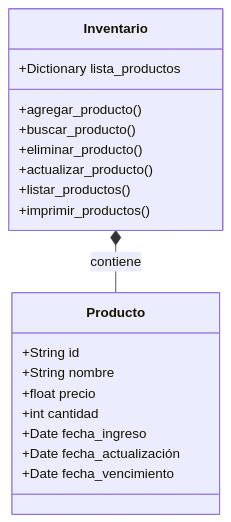
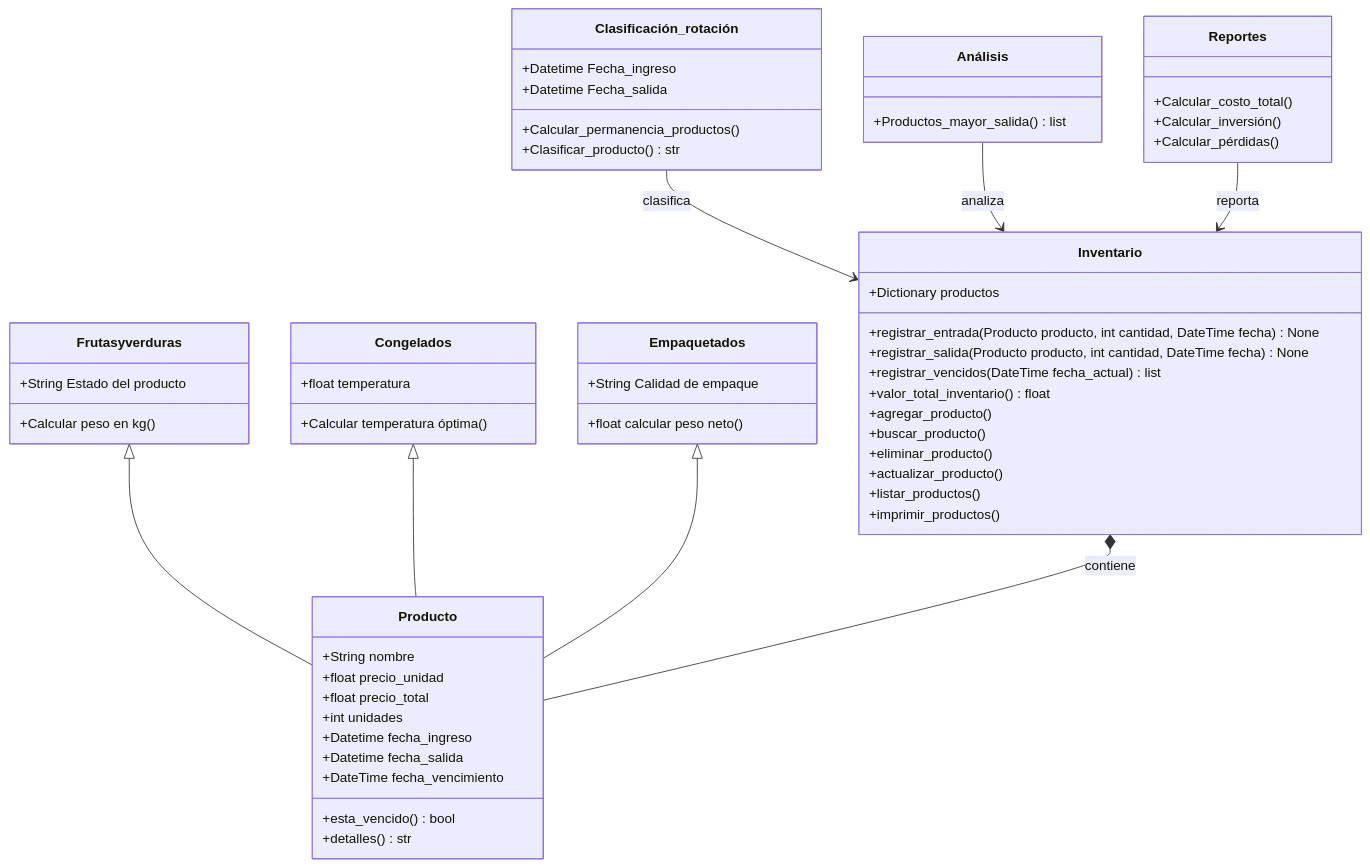
The diagram in README.md (isabellam242006/Proyecto-Poo), drawn with Mermaid before and after one commit.

````diff
--- a/README.md
+++ b/README.md
@@ -25,22 +25,60 @@
 ```mermaid
 classDiagram
     class Producto {
-        +String id
         +String nombre
-        +float precio
-        +int cantidad
-        +Date fecha_ingreso
-        +Date fecha_actualización
-        +Date fecha_vencimiento
+        +float precio_unidad
+        +float precio_total
+        +int unidades
+        +Datetime fecha_ingreso
+        +Datetime fecha_salida
+        +DateTime fecha_vencimiento
+        +esta_vencido() bool
+        +detalles() str
+    }
+    class Frutas y verduras {
+        +String Estado del producto
+        +Calcular peso en kg()
+    }
+    class Congelados {
+        +float temperatura
+        +Calcular temperatura óptima()
+    }
+    class Empaquetados {
+        +String Calidad de empaque
+        +float calcular peso neto()
     }
     class Inventario {
-        +Dictionary lista_productos
+        +Dictionary productos
+        +registrar_entrada(Producto producto, int cantidad, DateTime fecha) None
+        +registrar_salida(Producto producto, int cantidad, DateTime fecha) None
+        +registrar_vencidos(DateTime fecha_actual) list
+        +valor_total_inventario() float
         +agregar_producto()
         +buscar_producto()
         +eliminar_producto()
         +actualizar_producto()
         +listar_productos() 
         +imprimir_productos()
     }
+    class Clasificación_rotación {
+        +Datetime Fecha_ingreso
+        +Datetime Fecha_salida
+        +Calcular_permanencia_productos()
+        +Clasificar_producto() str
+    }
+    class Análisis {
+        +Productos_mayor_salida() list
+    }
+    class Reportes {
+        +Calcular_costo_total()
+        +Calcular_inversión()
+        +Calcular_pérdidas()
+    }
+    Frutas y verduras <|-- Producto
+    Congelados <|-- Producto
+    Empaquetados <|-- Producto
     Inventario *-- Producto : contiene
+    Clasificación_rotación --> Inventario : clasifica
+    Análisis --> Inventario : analiza
+    Reportes --> Inventario : reporta
 ```
````
